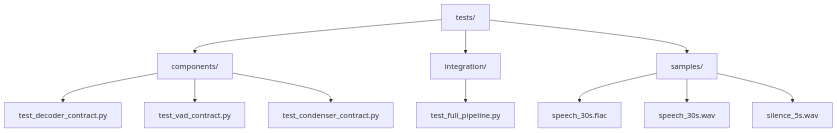
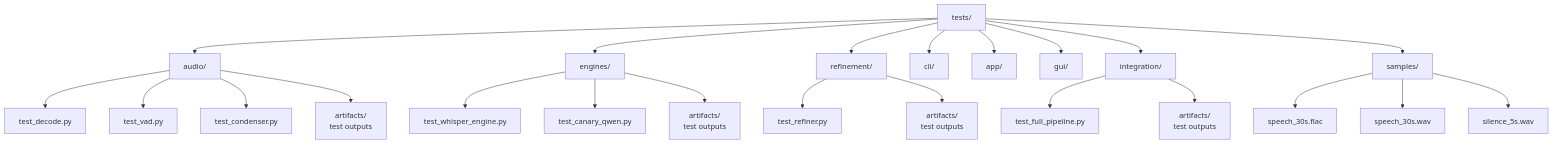
The second of 5 diagrams in Planning and Documentation/ARCHITECTURE.md (WanderingAstronomer/Vociferous), drawn with Mermaid before and after one commit. The commit also changed other lines of this file, not shown here.

Commit message:
Update ARCHITECTURE.md with Canary-Qwen dual-pass design and comprehensive documentation

````diff
--- a/Planning and Documentation/ARCHITECTURE.md
+++ b/Planning and Documentation/ARCHITECTURE.md
@@ -249,21 +250,40 @@
 ```mermaid
 graph TD
     T["tests/"]
-    C["components/"]
+    A["audio/"]
+    E["engines/"]
+    R["refinement/"]
+    C["cli/"]
+    AP["app/"]
+    G["gui/"]
     I["integration/"]
     S["samples/"]
 
+    T --> A
+    T --> E
+    T --> R
     T --> C
+    T --> AP
+    T --> G
     T --> I
     T --> S
 
-    C --> C1["test_decoder_contract.py"]
-    C --> C2["test_vad_contract.py"]
-    C --> C3["test_condenser_contract.py"]
+    A --> A1["test_decode.py"]
+    A --> A2["test_vad.py"]
+    A --> A3["test_condenser.py"]
+    A --> AA["artifacts/<br/>test outputs"]
+
+    E --> E1["test_whisper_engine.py"]
+    E --> E2["test_canary_qwen.py"]
+    E --> EA["artifacts/<br/>test outputs"]
+
+    R --> R1["test_refiner.py"]
+    R --> RA["artifacts/<br/>test outputs"]
 
     I --> I1["test_full_pipeline.py"]
+    I --> IA["artifacts/<br/>test outputs"]
 
     S --> S1["speech_30s.flac"]
     S --> S2["speech_30s.wav"]
     S --> S3["silence_5s.wav"]
 ```
````
